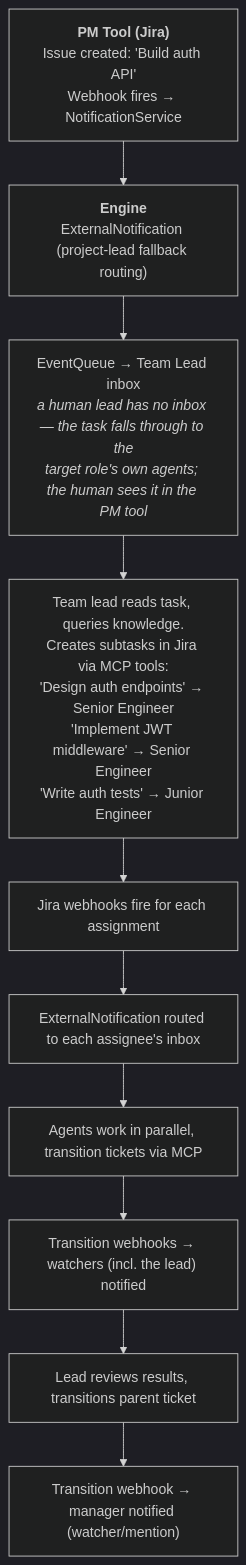
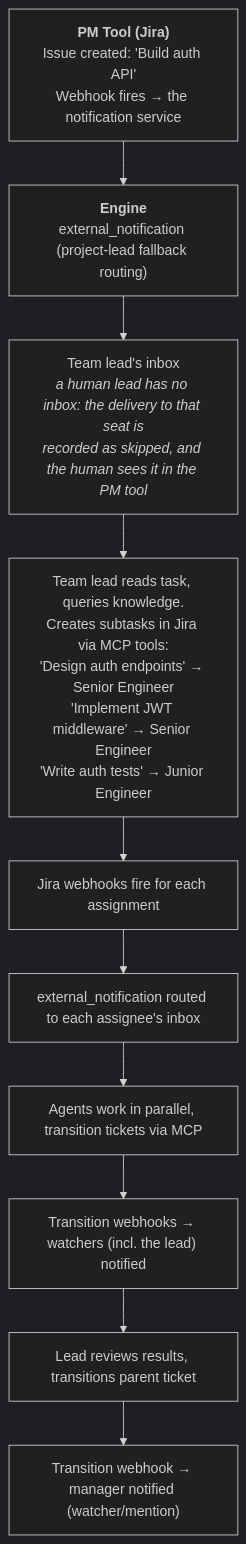
One commit to crewlet/crewlet changed the second of 3 diagrams in docs/concepts/task-engine.md. Above: the diagram before and after it, drawn with Mermaid (dark theme). The commit also changed other lines of this file and 1 other file, not shown here.

````diff
--- a/docs/concepts/task-engine.md
+++ b/docs/concepts/task-engine.md
@@ -66,14 +66,14 @@
 ```mermaid
 flowchart TD
-    JIRA["<b>PM Tool (Jira)</b><br/>Issue created: 'Build auth API'<br/>Webhook fires → NotificationService"]
-    ENG["<b>Engine</b><br/>ExternalNotification (project-lead fallback routing)"]
-    LEAD["EventQueue → Team Lead inbox<br/><i>a human lead has no inbox — the task falls through to the<br/>target role's own agents; the human sees it in the PM tool</i>"]
+    JIRA["<b>PM Tool (Jira)</b><br/>Issue created: 'Build auth API'<br/>Webhook fires → the notification service"]
+    ENG["<b>Engine</b><br/>external_notification (project-lead fallback routing)"]
+    LEAD["Team lead's inbox<br/><i>a human lead has no inbox: the delivery to that seat is<br/>recorded as skipped, and the human sees it in the PM tool</i>"]
     SUB["Team lead reads task, queries knowledge.<br/>Creates subtasks in Jira via MCP tools:<br/>'Design auth endpoints' → Senior Engineer<br/>'Implement JWT middleware' → Senior Engineer<br/>'Write auth tests' → Junior Engineer"]
     HOOK["Jira webhooks fire for each assignment"]
-    ROUTE["ExternalNotification routed to each assignee's inbox"]
+    ROUTE["external_notification routed to each assignee's inbox"]
     WORK["Agents work in parallel, transition tickets via MCP"]
     WATCH["Transition webhooks → watchers (incl. the lead) notified"]
     REVIEW["Lead reviews results, transitions parent ticket"]
     MGR["Transition webhook → manager notified (watcher/mention)"]
     JIRA --> ENG --> LEAD --> SUB --> HOOK --> ROUTE --> WORK --> WATCH --> REVIEW --> MGR
 ```
````
